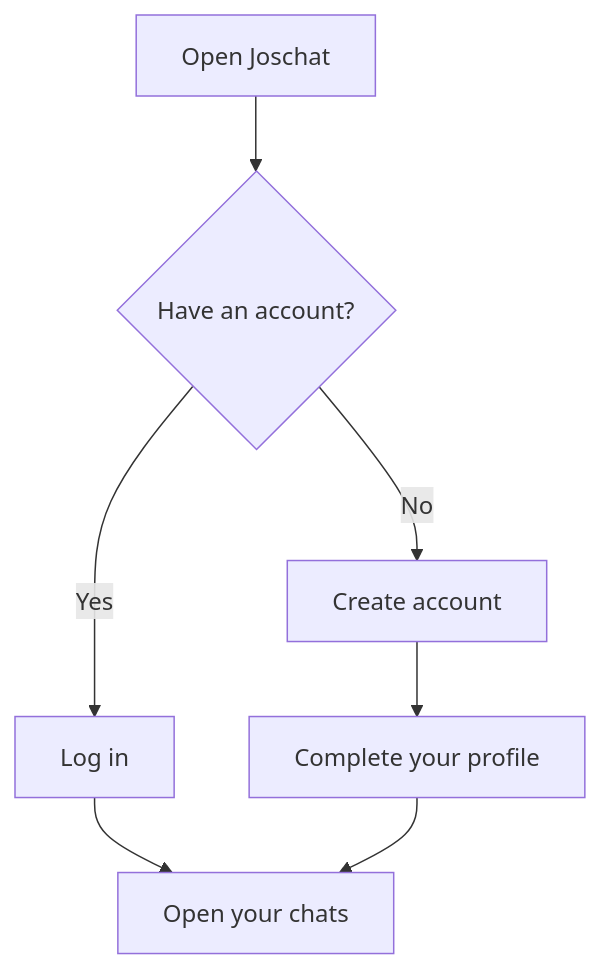
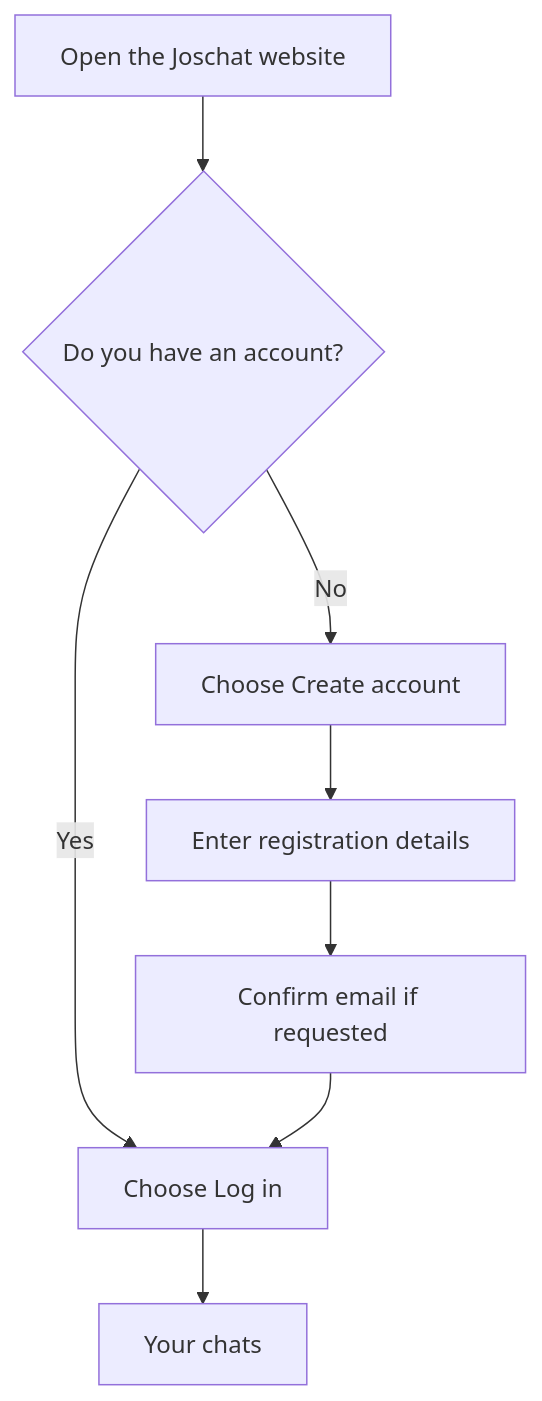
The first of 2 diagrams in docs/05_Simple_User_Manual.md (Simmyt3r/JosChat), drawn with Mermaid before and after one commit. The commit also changed other lines of this file, not shown here.

Commit message:
Rewrite Joschat user manual as detailed beginner walkthrough with diagrams and troubleshooting

````diff
--- a/docs/05_Simple_User_Manual.md
+++ b/docs/05_Simple_User_Manual.md
@@ -14,9 +34,10 @@
 ```mermaid
 flowchart TD
- A[Open Joschat] --> B{Have an account?}
- B -- No --> C[Create account]
- B -- Yes --> D[Log in]
- C --> E[Complete your profile]
- D --> F[Open your chats]
- E --> F
+ A["Open the Joschat website"] --> B{"Do you have an account?"}
+ B -->|No| C["Choose Create account"]
+ B -->|Yes| D["Choose Log in"]
+ C --> E["Enter registration details"]
+ E --> F["Confirm email if requested"]
+ F --> D
+ D --> G["Your chats"]
 ```
````
